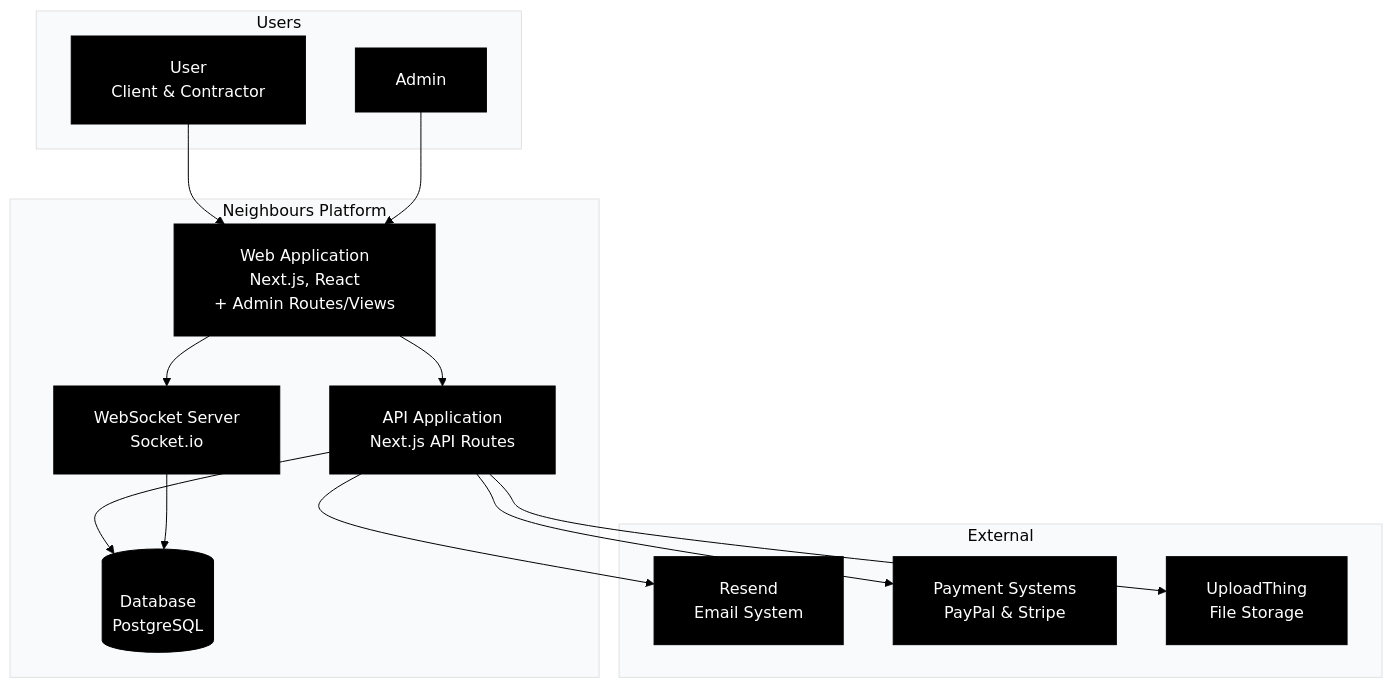
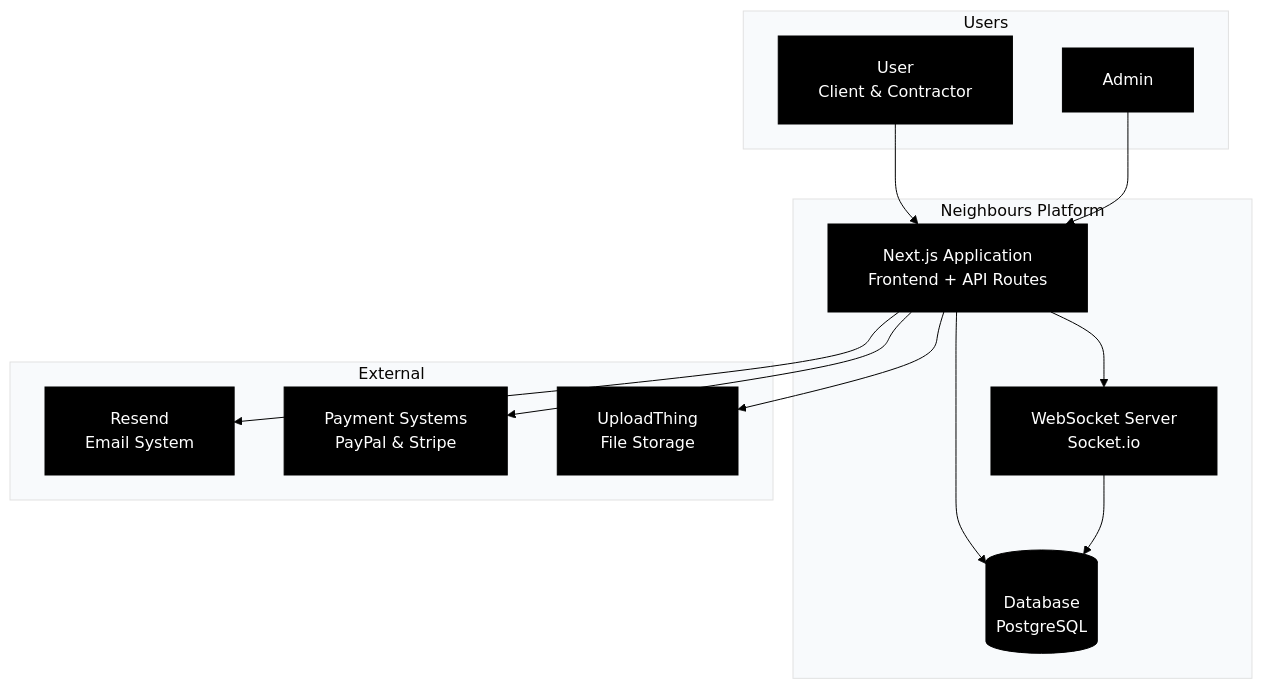
The second of 4 diagrams in documentation/architecture/c4-model.md (MarijaRomanenkova/neigh), drawn with Mermaid before and after one commit. The commit also changed other lines of this file and 1 other file, not shown here.

Commit message:
fix search params error

````diff
--- a/documentation/architecture/c4-model.md
+++ b/documentation/architecture/c4-model.md
@@ -32,31 +32,29 @@
 ```mermaid
 %%{init: {'theme': 'base', 'themeVariables': { 'primaryColor': '#000000', 'primaryTextColor': '#ffffff', 'primaryBorderColor': '#000000', 'lineColor': '#000000', 'secondaryColor': '#ffffff', 'tertiaryColor': '#f8fafc'}, 'flowchart': {'curve': 'basis', 'padding': 20}, 'fontFamily': 'Inter'}}%%
 graph TB
     subgraph Users
         user[User<br/>Client & Contractor]
         admin[Admin]
     end
 
     subgraph NeighboursPlatform[Neighbours Platform]
-        web_app[Web Application<br/>Next.js, React<br/>+ Admin Routes/Views]
-        api[API Application<br/>Next.js API Routes]
+        next_app[Next.js Application<br/>Frontend + API Routes]
         websocket[WebSocket Server<br/>Socket.io]
         database[(Database<br/>PostgreSQL)]
     end
 
     subgraph External
         resend[Resend<br/>Email System]
         payment[Payment Systems<br/>PayPal & Stripe]
         uploadthing[UploadThing<br/>File Storage]
     end
 
-    user --> web_app
-    admin --> web_app
-    web_app --> api
-    web_app --> websocket
-    api --> database
+    user --> next_app
+    admin --> next_app
+    next_app --> websocket
+    next_app --> database
     websocket --> database
-    api --> resend
-    api --> payment
-    api --> uploadthing
+    next_app --> resend
+    next_app --> payment
+    next_app --> uploadthing
 ```
````
